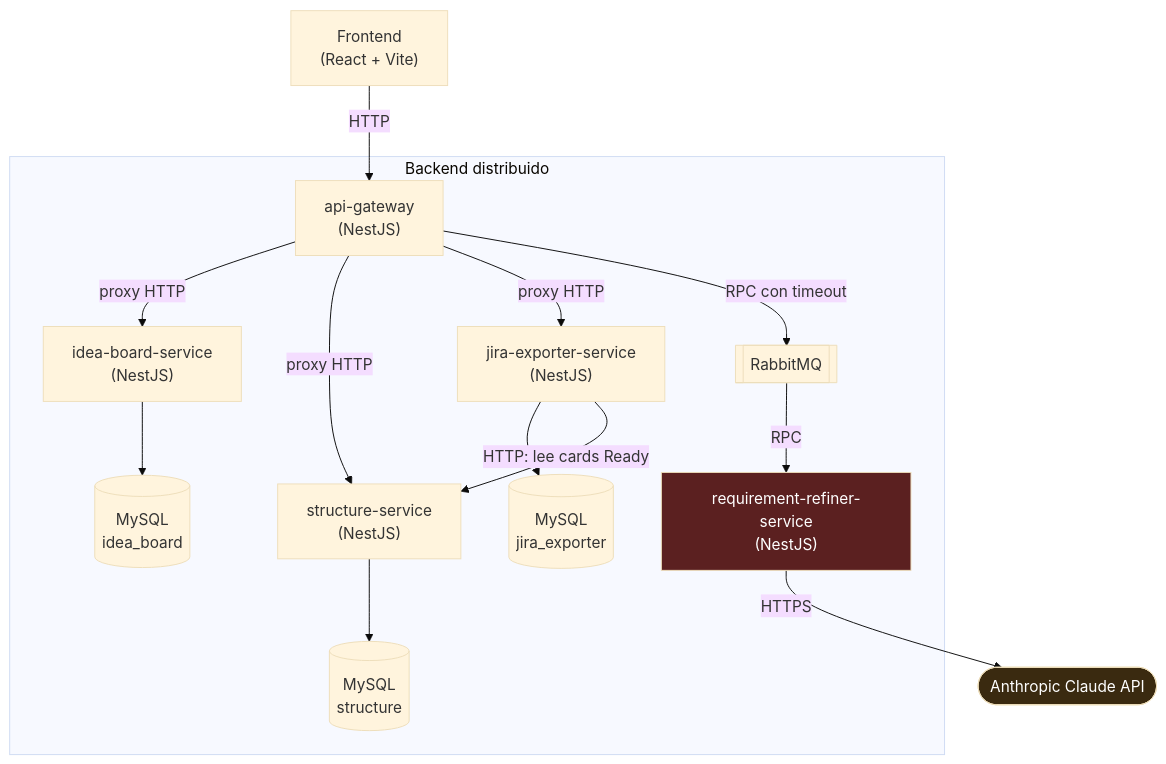
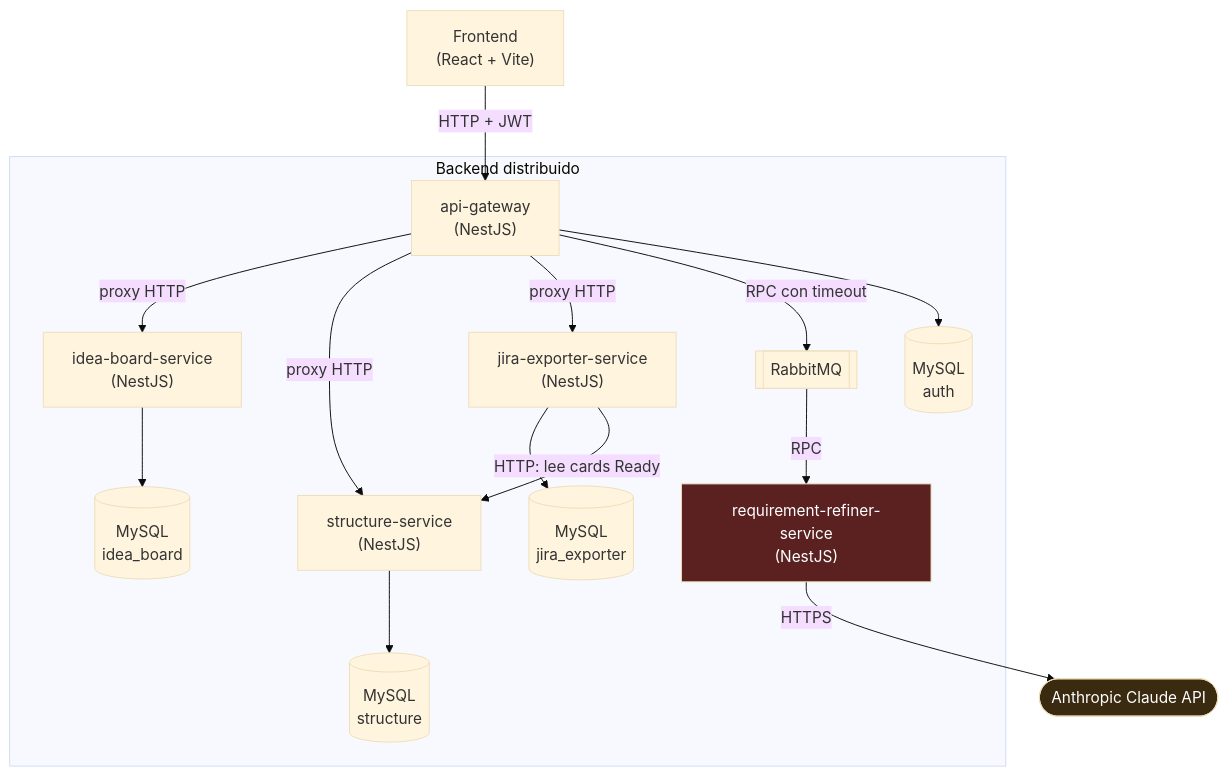
The diagram in ARCHITECTURE.md (jajaramillo24/ClarityHub), drawn with Mermaid (base theme) before and after one commit. The commit also changed other lines of this file and 54 other files, not shown here.

````diff
--- a/ARCHITECTURE.md
+++ b/ARCHITECTURE.md
@@ -10,37 +10,39 @@
 ```mermaid
 flowchart TB
     FE["Frontend<br/>(React + Vite)"]
 
     subgraph Backend["Backend distribuido"]
         GW["api-gateway<br/>(NestJS)"]
 
         IB["idea-board-service<br/>(NestJS)"]
         RR["requirement-refiner-service<br/>(NestJS)"]
         ST["structure-service<br/>(NestJS)"]
         JE["jira-exporter-service<br/>(NestJS)"]
 
         MQ[["RabbitMQ"]]
 
+        DB0[("MySQL<br/>auth")]
         DB1[("MySQL<br/>idea_board")]
         DB2[("MySQL<br/>structure")]
         DB3[("MySQL<br/>jira_exporter")]
     end
 
     CLAUDE(["Anthropic Claude API"])
 
-    FE -->|HTTP| GW
+    FE -->|HTTP + JWT| GW
     GW -->|proxy HTTP| IB
     GW -->|proxy HTTP| ST
     GW -->|proxy HTTP| JE
     GW -->|RPC con timeout| MQ
     MQ -->|RPC| RR
     RR -->|HTTPS| CLAUDE
 
+    GW --> DB0
     IB --> DB1
     ST --> DB2
     JE --> DB3
     JE -->|HTTP: lee cards Ready| ST
 
     style RR fill:#5b2020,color:#fff
     style CLAUDE fill:#3a2a10,color:#fff
 ```
````
